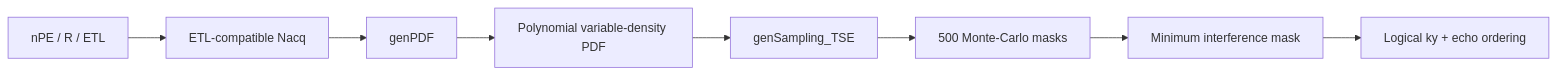
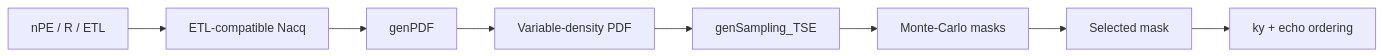
The second of 2 diagrams in docs/sequence-generation.md (BennyZhang-Codes/tse-pulseq-matlab), drawn with Mermaid before and after one commit. The commit also changed other lines of this file, not shown here.

````diff
--- a/docs/sequence-generation.md
+++ b/docs/sequence-generation.md
@@ -113,10 +111,10 @@
 ```mermaid
 flowchart LR
     A[nPE / R / ETL] --> B[ETL-compatible Nacq]
     B --> C[genPDF]
-    C --> D[Polynomial variable-density PDF]
+    C --> D[Variable-density PDF]
     D --> E[genSampling_TSE]
-    E --> F[500 Monte-Carlo masks]
-    F --> G[Minimum interference mask]
-    G --> H[Logical ky + echo ordering]
+    E --> F[Monte-Carlo masks]
+    F --> G[Selected mask]
+    G --> H[ky + echo ordering]
 ```
````
